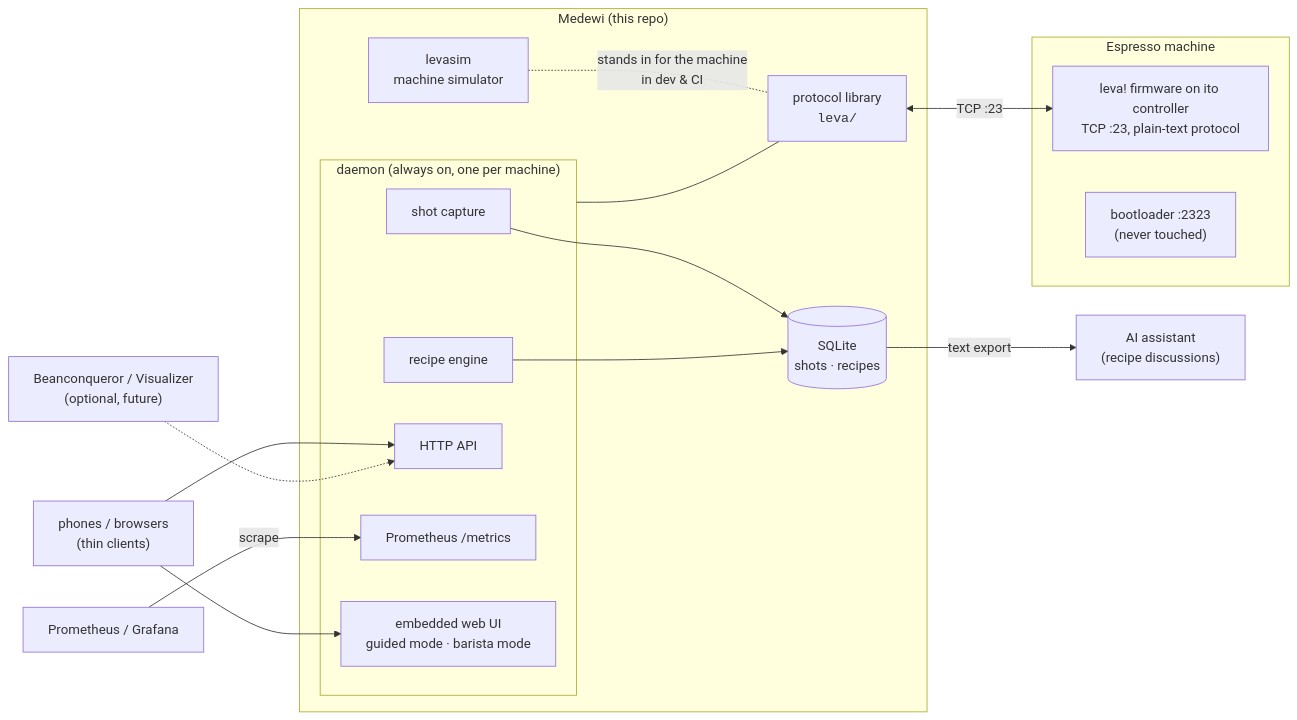
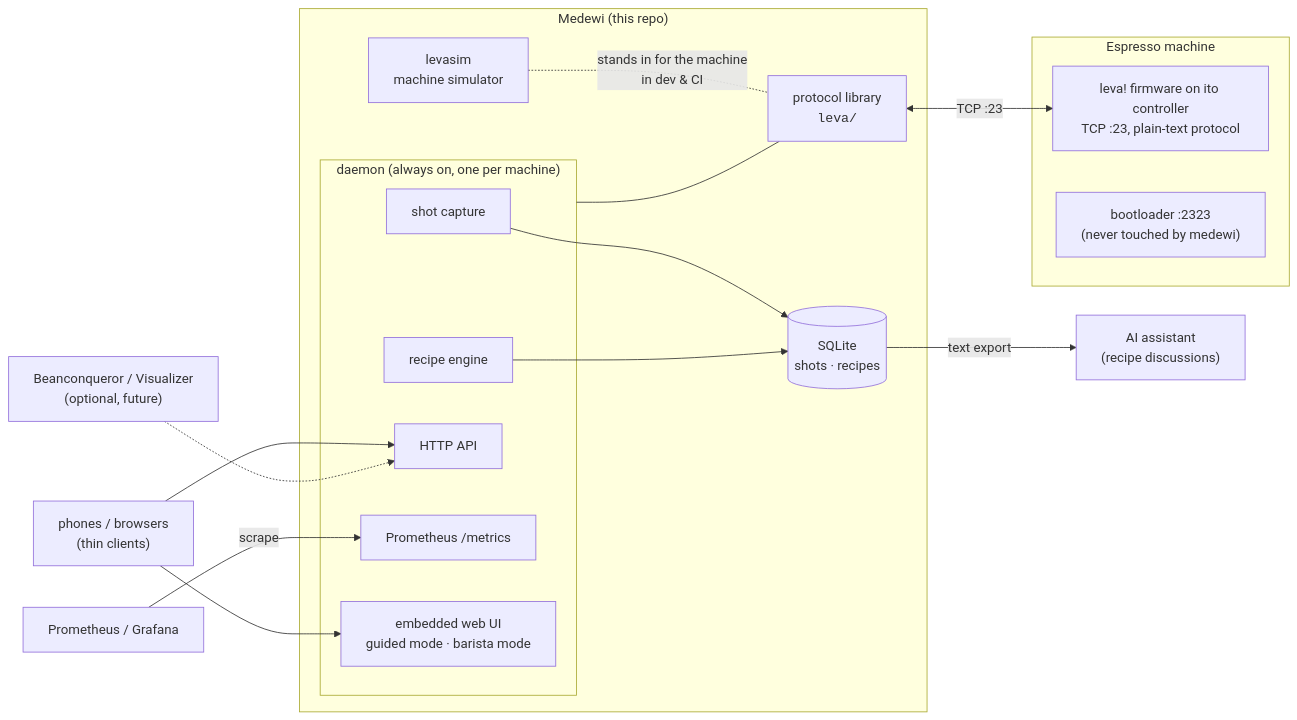
One commit to thomasbach-dev/medewi changed the diagram in docs/architecture.md. Above: the diagram before and after it, drawn with Mermaid. The commit also changed 7 other files, not shown here.

````diff
--- a/docs/architecture.md
+++ b/docs/architecture.md
@@ -9,36 +9,36 @@
 ```mermaid
 flowchart LR
     subgraph machine["Espresso machine"]
         leva["leva! firmware on ito controller<br/>TCP :23, plain-text protocol"]
-        boot["bootloader :2323<br/>(never touched)"]
+        boot["bootloader :2323<br/>(never touched by medewi)"]
     end
 
     subgraph repo["Medewi (this repo)"]
         lib["protocol library<br/><code>leva/</code>"]
         sim["levasim<br/>machine simulator"]
         subgraph daemon["daemon (always on, one per machine)"]
             cap["shot capture"]
             rec["recipe engine"]
             api["HTTP API"]
             met["Prometheus /metrics"]
             ui["embedded web UI<br/>guided mode · barista mode"]
         end
         db[("SQLite<br/>shots · recipes")]
     end
 
     phones["phones / browsers<br/>(thin clients)"]
     prom["Prometheus / Grafana"]
     llm["AI assistant<br/>(recipe discussions)"]
     bq["Beanconqueror / Visualizer<br/>(optional, future)"]
 
     lib <-->|"TCP :23"| leva
     sim -. "stands in for the machine<br/>in dev & CI" .- lib
     daemon --- lib
     cap --> db
     rec --> db
     phones --> ui
     phones --> api
     prom -->|scrape| met
     db -->|"text export"| llm
     bq -.-> api
 ```
````
